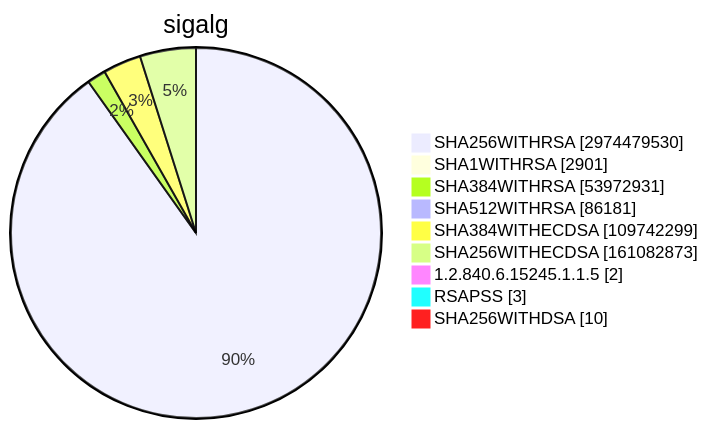
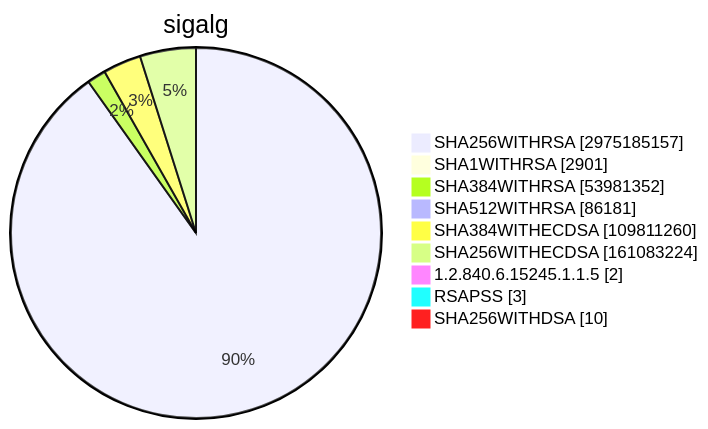
Before and after one commit to christiankrug/ctmonitor_visualization: diagram 15 of 15 in TOTAL/README.md, drawn with Mermaid. The commit also changed other lines of this file, not shown here.

````diff
--- a/TOTAL/README.md
+++ b/TOTAL/README.md
@@ -6208,13 +6208,13 @@
 ```mermaid
 pie showData
 title sigalg
-"SHA256WITHRSA" :2974479530
+"SHA256WITHRSA" :2975185157
 "SHA1WITHRSA" :2901
-"SHA384WITHRSA" :53972931
+"SHA384WITHRSA" :53981352
 "SHA512WITHRSA" :86181
-"SHA384WITHECDSA" :109742299
-"SHA256WITHECDSA" :161082873
+"SHA384WITHECDSA" :109811260
+"SHA256WITHECDSA" :161083224
 "1.2.840.6.15245.1.1.5" :2
 "RSAPSS" :3
 "SHA256WITHDSA" :10
 ```
````
